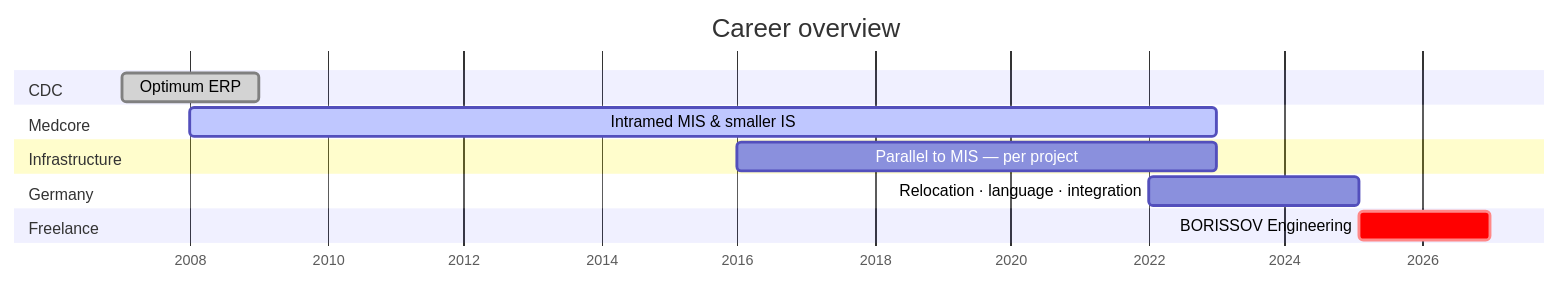
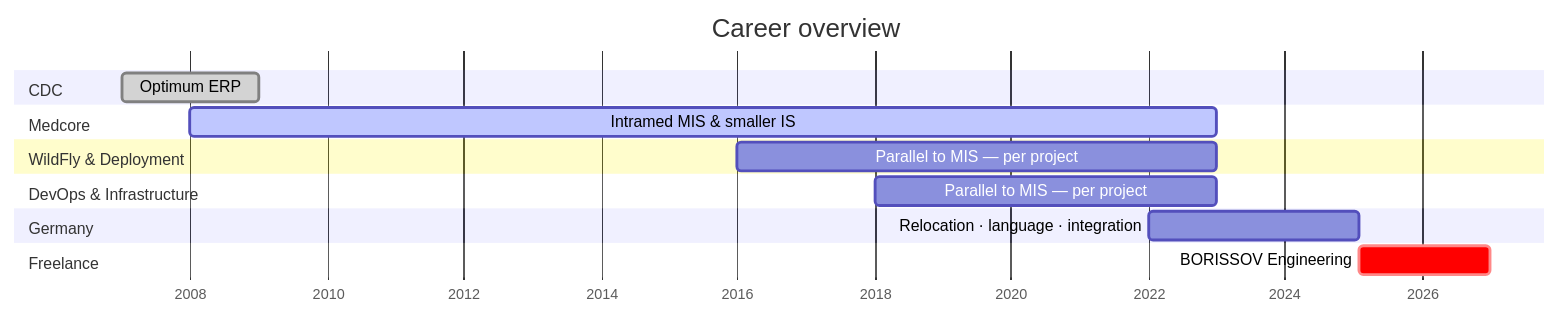
The diagram in en/02-career/timeline.md (boralekc/cv), drawn with Mermaid before and after one commit. The commit also changed other lines of this file and 17 other files, not shown here.

````diff
--- a/en/02-career/timeline.md
+++ b/en/02-career/timeline.md
@@ -66,21 +75,24 @@
 ```mermaid
 gantt
     title Career overview
     dateFormat YYYY-MM-DD
     axisFormat %Y
 
     section CDC
     Optimum ERP :done, 2007-01-01, 2008-12-31
 
     section Medcore
     Intramed MIS & smaller IS :active, 2008-01-01, 2022-12-31
 
-    section Infrastructure
-    Parallel to MIS — per project :infra, 2016-01-01, 2022-12-31
+    section WildFly & Deployment
+    Parallel to MIS — per project :wildfly, 2016-01-01, 2022-12-31
+
+    section DevOps & Infrastructure
+    Parallel to MIS — per project :infra, 2018-01-01, 2022-12-31
 
     section Germany
     Relocation · language · integration :de, 2022-01-01, 2025-02-01
 
     section Freelance
     BORISSOV Engineering :crit, 2025-02-01, 2027-01-01
 ```
````
